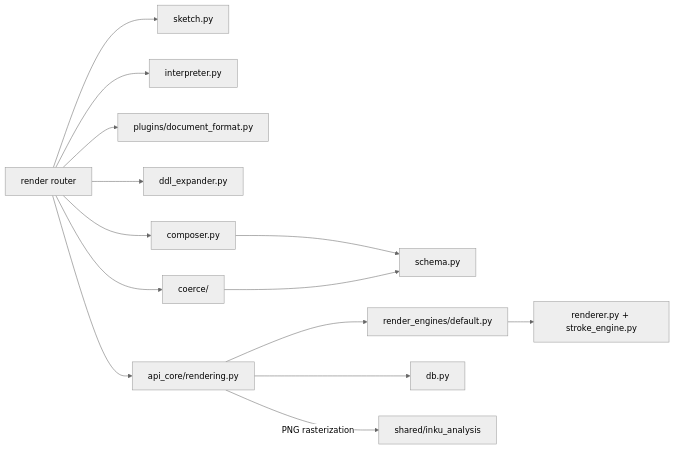
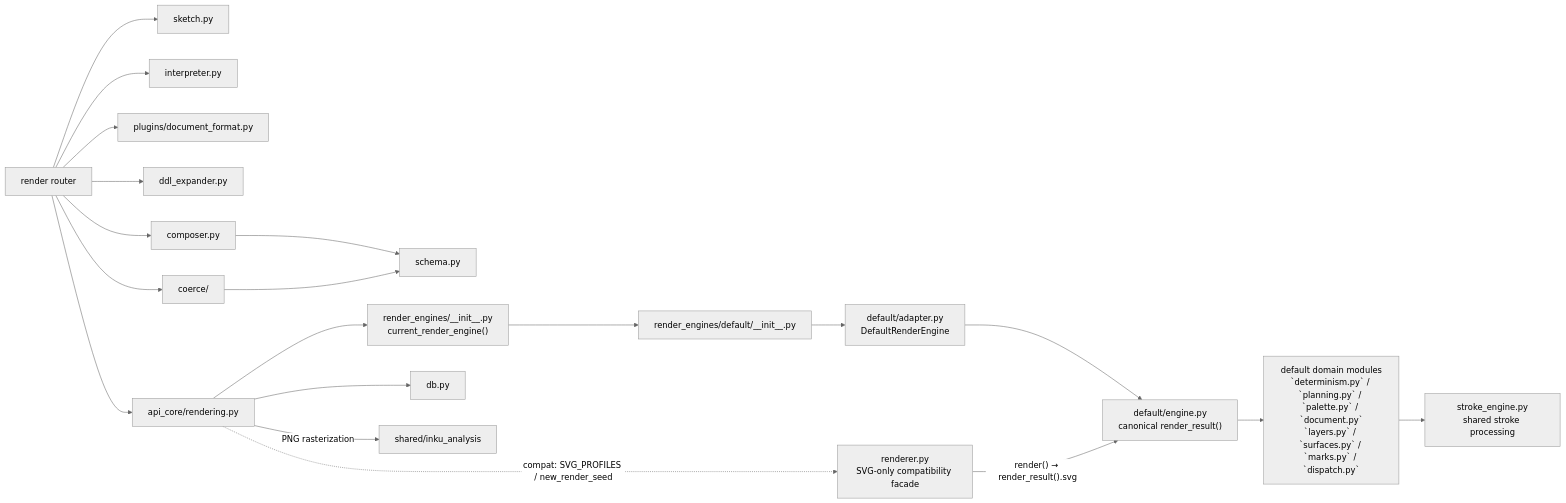
One commit to oikawas/inku-lang changed the second of 2 diagrams in docs/architecture/server-components.md. Above: the diagram before and after it, drawn with Mermaid (neutral theme). The commit also changed other lines of this file and 12 other files, not shown here.

Commit message:
Document modular render engine architecture

````diff
--- a/docs/architecture/server-components.md
+++ b/docs/architecture/server-components.md
@@ -53,30 +53,41 @@
 ```mermaid
 flowchart LR
     RENDER_ROUTER["render router"]
     SKETCH["sketch.py"]
     INTERPRETER["interpreter.py"]
     PLUGIN_DOC["plugins/document_format.py"]
     EXPANDER["ddl_expander.py"]
     COMPOSER["composer.py"]
     SCHEMA["schema.py"]
     COERCE["coerce/"]
-    ENGINE["render_engines/default.py"]
-    RENDERER["renderer.py + stroke_engine.py"]
     RENDERING["api_core/rendering.py"]
+    REGISTRY["render_engines/__init__.py\ncurrent_render_engine()"]
+    DEFAULT_INIT["render_engines/default/__init__.py"]
+    ADAPTER["default/adapter.py\nDefaultRenderEngine"]
+    ENGINE["default/engine.py\ncanonical render_result()"]
+    DOMAINS["default domain modules\n`determinism.py` / `planning.py` / `palette.py` / `document.py`\n`layers.py` / `surfaces.py` / `marks.py` / `dispatch.py`"]
+    RENDERER["renderer.py\nSVG-only compatibility facade"]
+    STROKE["stroke_engine.py\nshared stroke processing"]
     DB["db.py"]
     ANALYSIS["shared/inku_analysis"]
 
     RENDER_ROUTER --> SKETCH
     RENDER_ROUTER --> INTERPRETER
     RENDER_ROUTER --> PLUGIN_DOC
     RENDER_ROUTER --> EXPANDER
     RENDER_ROUTER --> COMPOSER
     COMPOSER --> SCHEMA
     RENDER_ROUTER --> COERCE
     COERCE --> SCHEMA
     RENDER_ROUTER --> RENDERING
-    RENDERING --> ENGINE
-    ENGINE --> RENDERER
+    RENDERING --> REGISTRY
+    REGISTRY --> DEFAULT_INIT
+    DEFAULT_INIT --> ADAPTER
+    ADAPTER --> ENGINE
+    ENGINE --> DOMAINS
+    DOMAINS --> STROKE
+    RENDERER -->|"render() → render_result().svg"| ENGINE
+    RENDERING -.->|"compat: SVG_PROFILES / new_render_seed"| RENDERER
     RENDERING --> DB
     RENDERING -->|"PNG rasterization"| ANALYSIS
 ```
````
